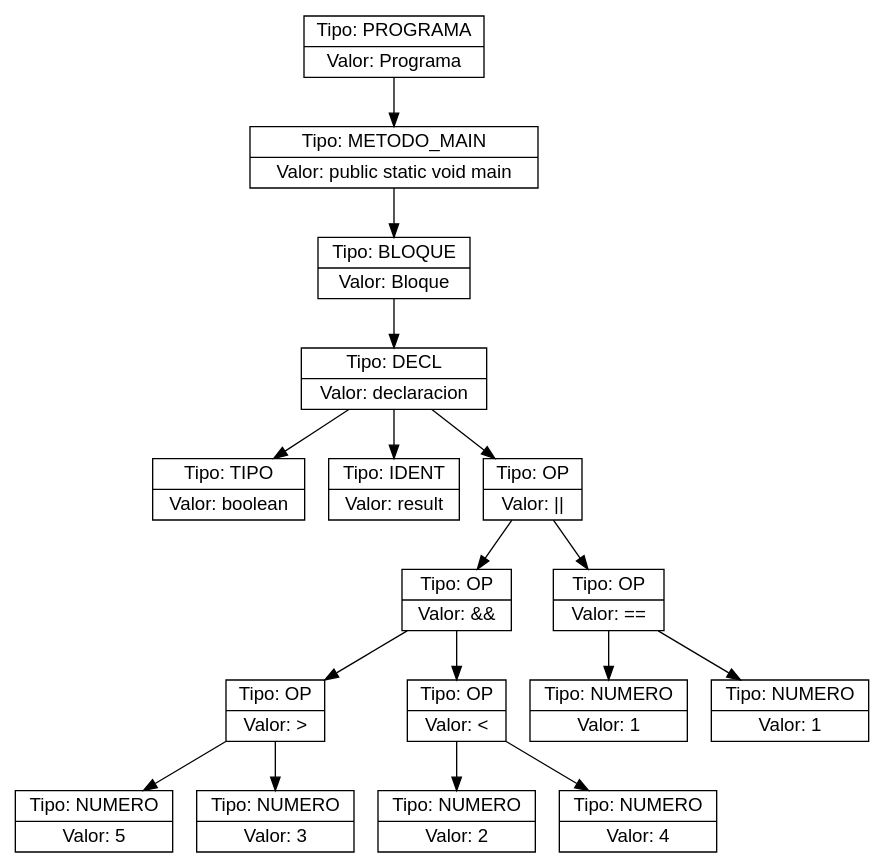
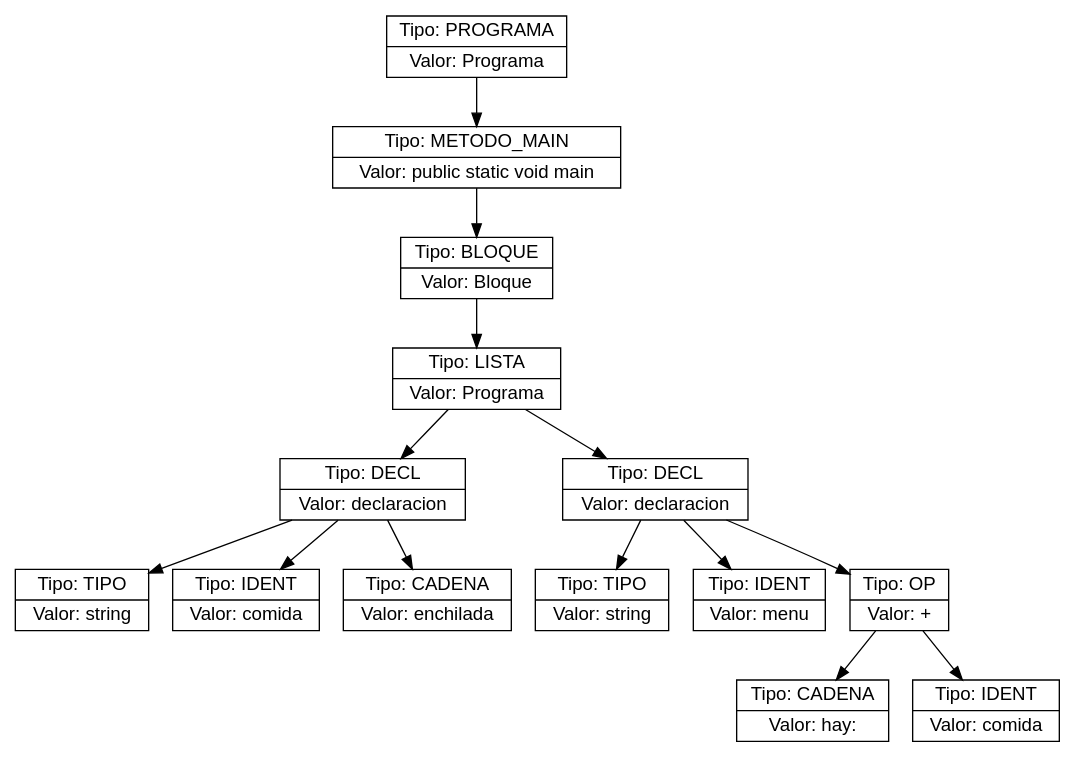
The diagram in ast.dot (Farot30/OLC2_2s2025_P2_202307820), drawn with Graphviz before and after one commit. The commit also changed 51 other files, not shown here.

```diff
--- a/ast.dot
+++ b/ast.dot
@@ -1,36 +1,30 @@
 digraph AST {
   node [shape=record,fontname="Helvetica"];
-  n0x5ed95dd35350 [label="{Tipo: PROGRAMA|Valor: Programa}"];
-  n0x5ed95dd35350 -> n0x5ed95db277e0;
-  n0x5ed95db277e0 [label="{Tipo: METODO_MAIN|Valor: public static void main}"];
-  n0x5ed95db277e0 -> n0x5ed95dd8ba80;
-  n0x5ed95dd8ba80 [label="{Tipo: BLOQUE|Valor: Bloque}"];
-  n0x5ed95dd8ba80 -> n0x5ed95dec9630;
-  n0x5ed95dec9630 [label="{Tipo: DECL|Valor: declaracion}"];
-  n0x5ed95dec9630 -> n0x5ed95db19a40;
-  n0x5ed95db19a40 [label="{Tipo: TIPO|Valor: boolean}"];
-  n0x5ed95dec9630 -> n0x5ed95dafc5a0;
-  n0x5ed95dafc5a0 [label="{Tipo: IDENT|Valor: result}"];
-  n0x5ed95dec9630 -> n0x5ed95dcae050;
-  n0x5ed95dcae050 [label="{Tipo: OP|Valor: &#124;&#124;}"];
-  n0x5ed95dcae050 -> n0x5ed95db4ca50;
-  n0x5ed95db4ca50 [label="{Tipo: OP|Valor: &&}"];
-  n0x5ed95db4ca50 -> n0x5ed95dd8faa0;
-  n0x5ed95dd8faa0 [label="{Tipo: OP|Valor: &gt;}"];
-  n0x5ed95dd8faa0 -> n0x5ed95db4cd30;
-  n0x5ed95db4cd30 [label="{Tipo: NUMERO|Valor: 5}"];
-  n0x5ed95dd8faa0 -> n0x5ed95dd91900;
-  n0x5ed95dd91900 [label="{Tipo: NUMERO|Valor: 3}"];
-  n0x5ed95db4ca50 -> n0x5ed95dcadb50;
-  n0x5ed95dcadb50 [label="{Tipo: OP|Valor: &lt;}"];
-  n0x5ed95dcadb50 -> n0x5ed95db02050;
-  n0x5ed95db02050 [label="{Tipo: NUMERO|Valor: 2}"];
-  n0x5ed95dcadb50 -> n0x5ed95db21c20;
-  n0x5ed95db21c20 [label="{Tipo: NUMERO|Valor: 4}"];
-  n0x5ed95dcae050 -> n0x5ed95de887d0;
-  n0x5ed95de887d0 [label="{Tipo: OP|Valor: ==}"];
-  n0x5ed95de887d0 -> n0x5ed95dd8f860;
-  n0x5ed95dd8f860 [label="{Tipo: NUMERO|Valor: 1}"];
-  n0x5ed95de887d0 -> n0x5ed95db20ed0;
-  n0x5ed95db20ed0 [label="{Tipo: NUMERO|Valor: 1}"];
+  n0x6487e06d73f0 [label="{Tipo: PROGRAMA|Valor: Programa}"];
+  n0x6487e06d73f0 -> n0x6487e08ebc00;
+  n0x6487e08ebc00 [label="{Tipo: METODO_MAIN|Valor: public static void main}"];
+  n0x6487e08ebc00 -> n0x6487e050ade0;
+  n0x6487e050ade0 [label="{Tipo: BLOQUE|Valor: Bloque}"];
+  n0x6487e050ade0 -> n0x6487e072f2b0;
+  n0x6487e072f2b0 [label="{Tipo: LISTA|Valor: Programa}"];
+  n0x6487e072f2b0 -> n0x6487e08e5110;
+  n0x6487e08e5110 [label="{Tipo: DECL|Valor: declaracion}"];
+  n0x6487e08e5110 -> n0x6487e0764aa0;
+  n0x6487e0764aa0 [label="{Tipo: TIPO|Valor: string}"];
+  n0x6487e08e5110 -> n0x6487e076be70;
+  n0x6487e076be70 [label="{Tipo: IDENT|Valor: comida}"];
+  n0x6487e08e5110 -> n0x6487e0526900;
+  n0x6487e0526900 [label="{Tipo: CADENA|Valor: enchilada}"];
+  n0x6487e072f2b0 -> n0x6487e090b030;
+  n0x6487e090b030 [label="{Tipo: DECL|Valor: declaracion}"];
+  n0x6487e090b030 -> n0x6487e086e980;
+  n0x6487e086e980 [label="{Tipo: TIPO|Valor: string}"];
+  n0x6487e090b030 -> n0x6487e08eb110;
+  n0x6487e08eb110 [label="{Tipo: IDENT|Valor: menu}"];
+  n0x6487e090b030 -> n0x6487e0760940;
+  n0x6487e0760940 [label="{Tipo: OP|Valor: +}"];
+  n0x6487e0760940 -> n0x6487e07194d0;
+  n0x6487e07194d0 [label="{Tipo: CADENA|Valor: hay: }"];
+  n0x6487e0760940 -> n0x6487e051b180;
+  n0x6487e051b180 [label="{Tipo: IDENT|Valor: comida}"];
 }
```
